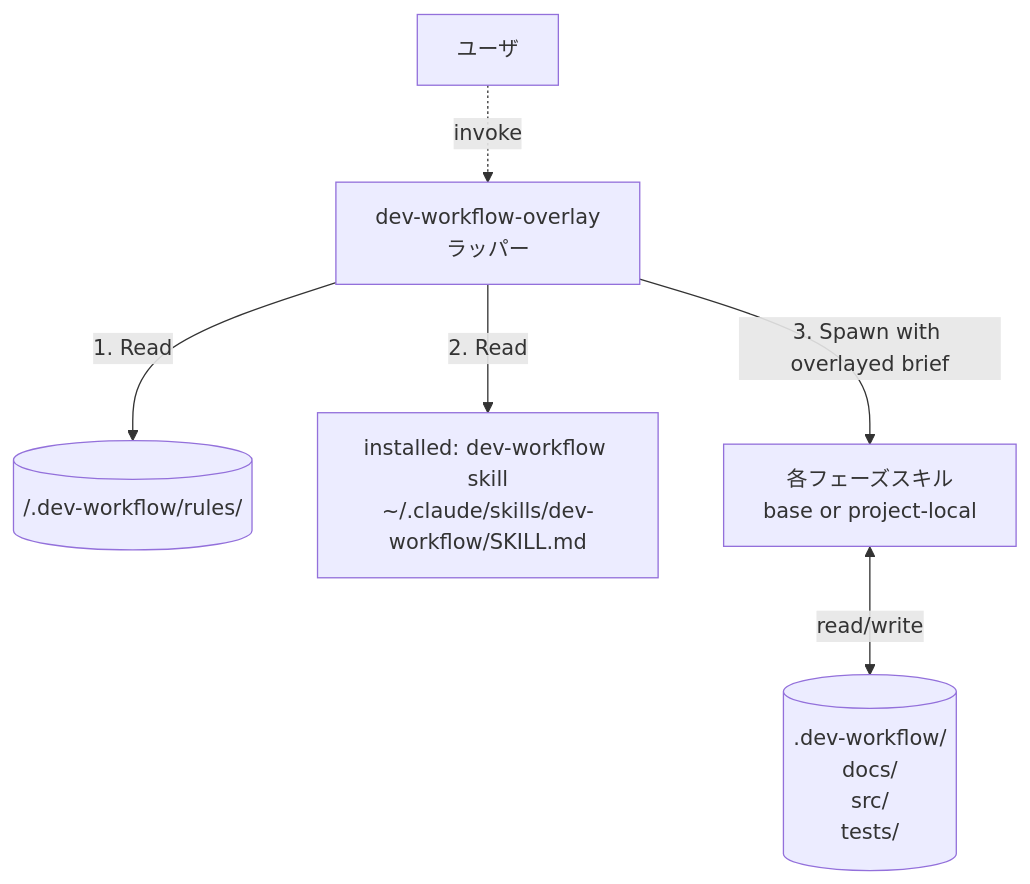
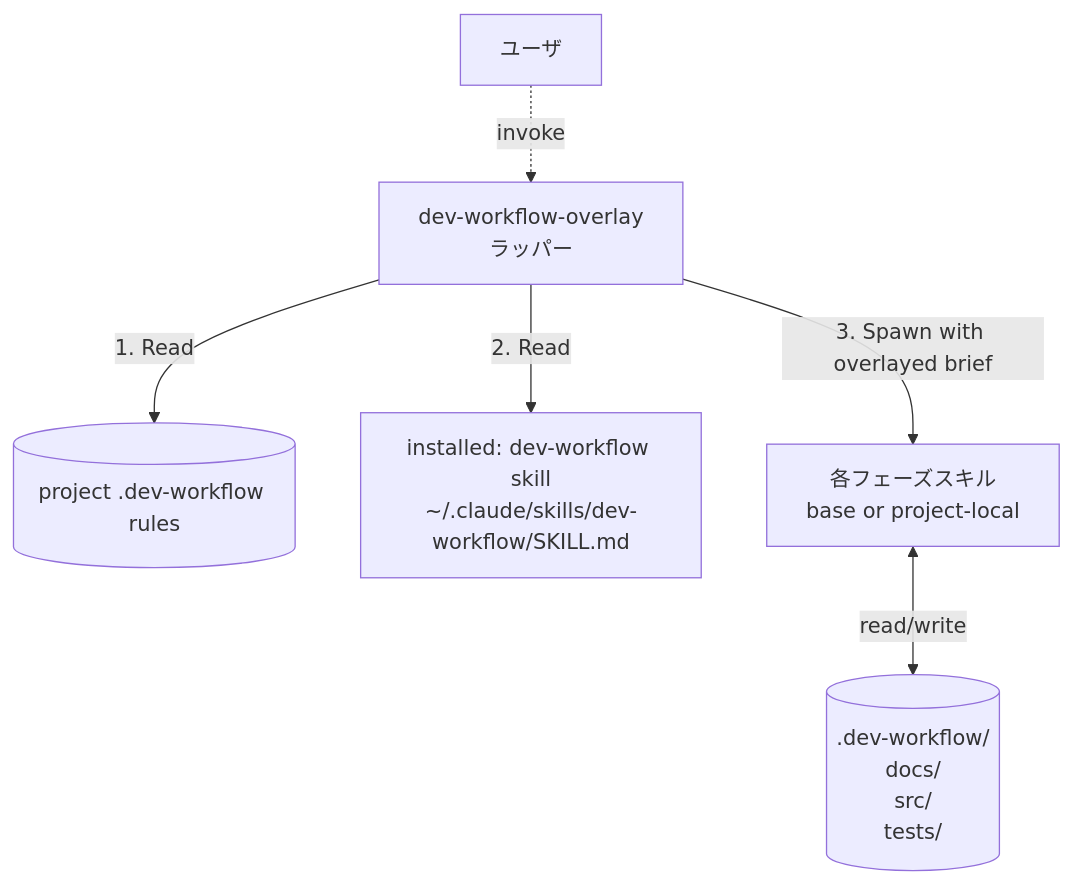
The diagram in skills/dev-workflow-overlay/SKILL.md (yamasuki-/software_dev_workflow), drawn with Mermaid before and after one commit. The commit also changed 9 other files, not shown here.

````diff
--- a/skills/dev-workflow-overlay/SKILL.md
+++ b/skills/dev-workflow-overlay/SKILL.md
@@ -25,8 +25,8 @@
 ```mermaid
 flowchart TD
     User[ユーザ] -.invoke.-> Overlay[dev-workflow-overlay<br/>ラッパー]
-    Overlay -->|1. Read| Rules[(<project>/.dev-workflow/rules/)]
+    Overlay -->|1. Read| Rules[(project .dev-workflow rules)]
     Overlay -->|2. Read| Base[installed: dev-workflow skill<br/>~/.claude/skills/dev-workflow/SKILL.md]
     Overlay -->|3. Spawn with overlayed brief| PhaseSkills[各フェーズスキル<br/>base or project-local]
-    PhaseSkills <-->|read/write| FS[(.dev-workflow/<br/>docs/<br/>src/<br/>tests/)]
+    PhaseSkills <-->|"read/write"| FS[(".dev-workflow/<br/>docs/<br/>src/<br/>tests/")]
 ```
````
